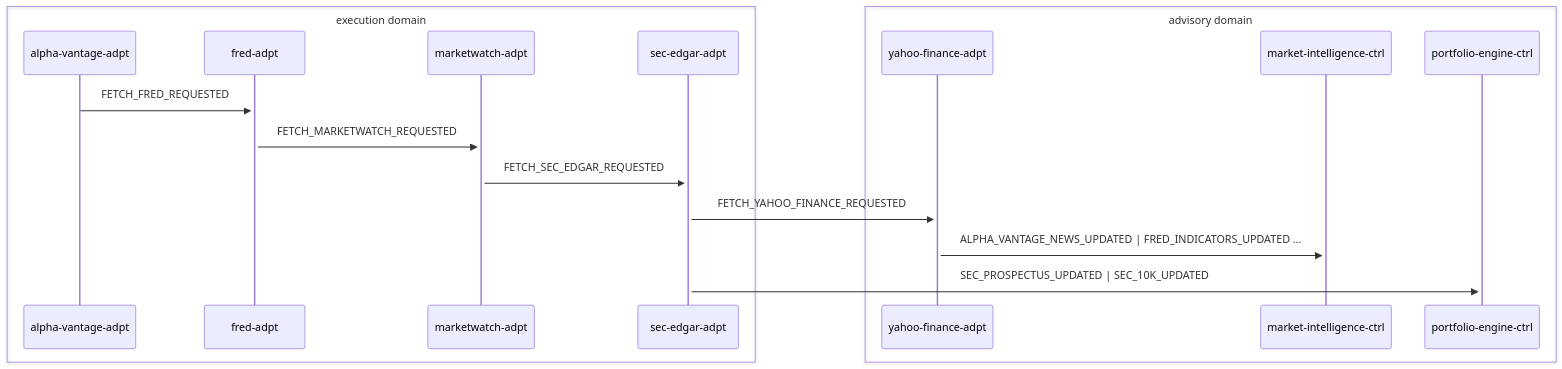
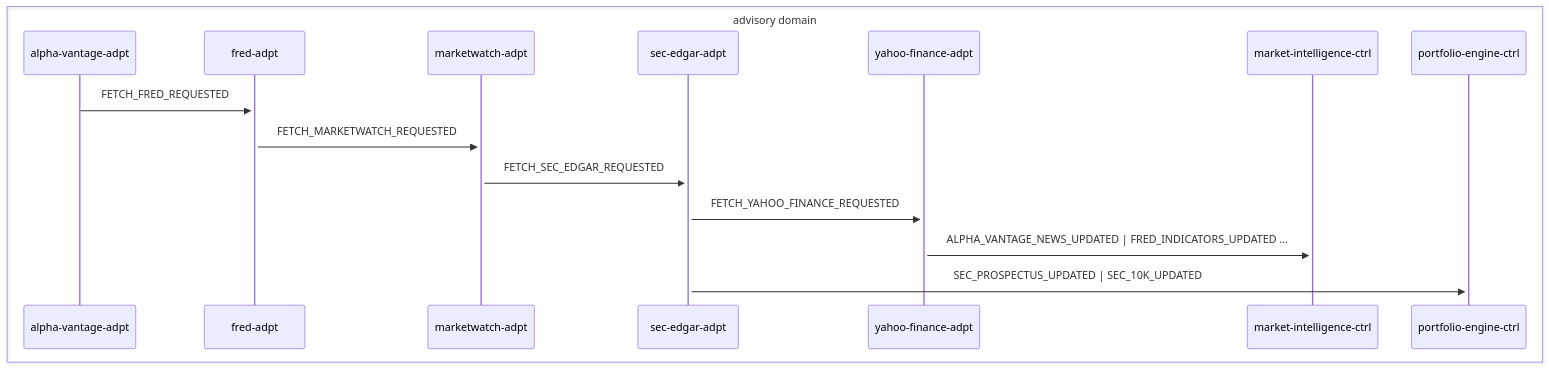
Before and after one commit to fabio-vitali/nestfolio: the second of 2 diagrams in docs/data-flows/market-data-ingestion.md, drawn with Mermaid. The commit also changed other lines of this file and 25 other files, not shown here.

First line of the commit message:
docs(data-flows): sync flow specs to code + harden generator

````diff
--- a/docs/data-flows/market-data-ingestion.md
+++ b/docs/data-flows/market-data-ingestion.md
@@ -34,20 +32,18 @@
 ```mermaid
 sequenceDiagram
-    box execution domain
+    box advisory domain
         participant alpha_vantage_adpt as alpha-vantage-adpt
         participant fred_adpt as fred-adpt
         participant marketwatch_adpt as marketwatch-adpt
         participant sec_edgar_adpt as sec-edgar-adpt
-    end
-    box advisory domain
         participant yahoo_finance_adpt as yahoo-finance-adpt
         participant market_intelligence_ctrl as market-intelligence-ctrl
         participant portfolio_engine_ctrl as portfolio-engine-ctrl
     end
     alpha_vantage_adpt->>+fred_adpt: FETCH_FRED_REQUESTED
     fred_adpt->>+marketwatch_adpt: FETCH_MARKETWATCH_REQUESTED
     marketwatch_adpt->>+sec_edgar_adpt: FETCH_SEC_EDGAR_REQUESTED
     sec_edgar_adpt->>+yahoo_finance_adpt: FETCH_YAHOO_FINANCE_REQUESTED
     yahoo_finance_adpt->>+market_intelligence_ctrl: ALPHA_VANTAGE_NEWS_UPDATED | FRED_INDICATORS_UPDATED ...
     sec_edgar_adpt->>+portfolio_engine_ctrl: SEC_PROSPECTUS_UPDATED | SEC_10K_UPDATED
 ```
````
